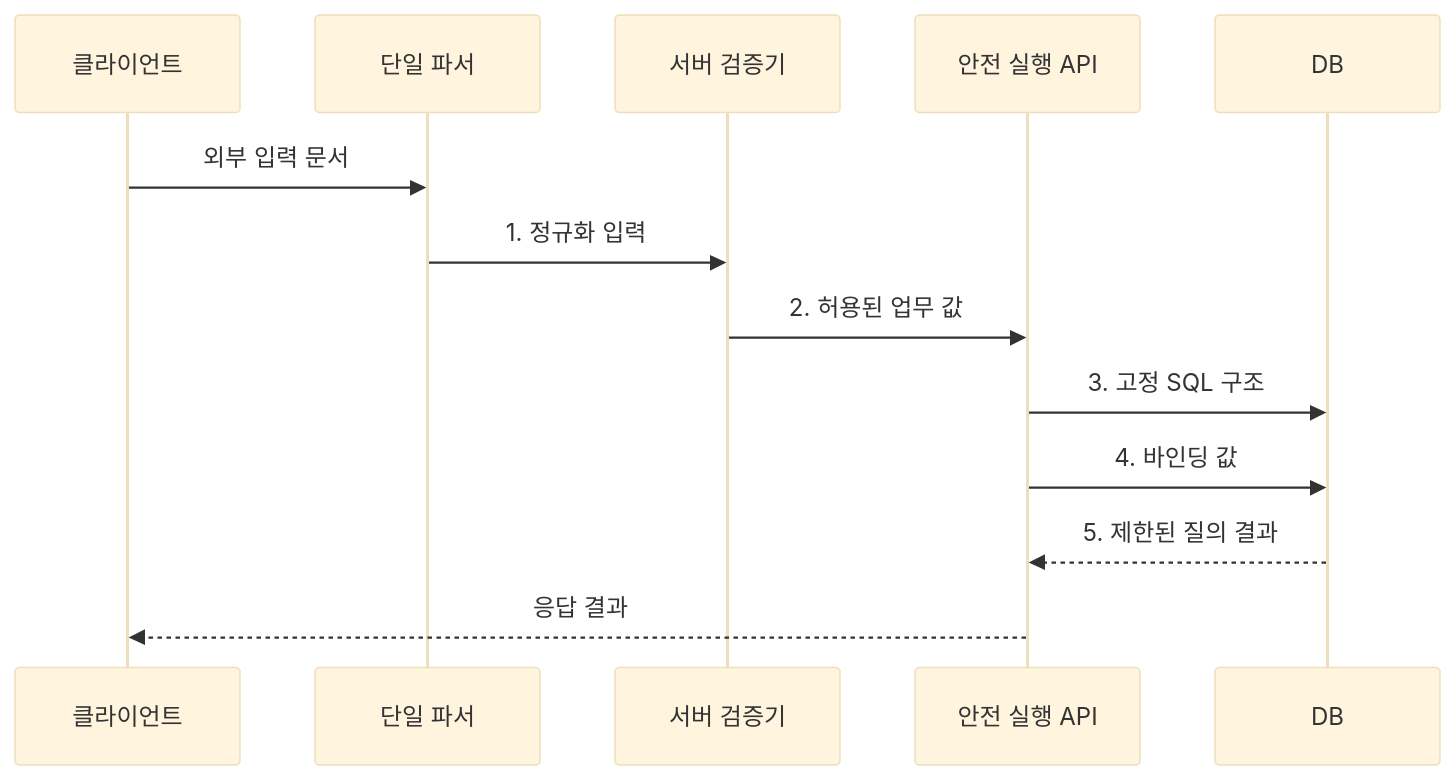
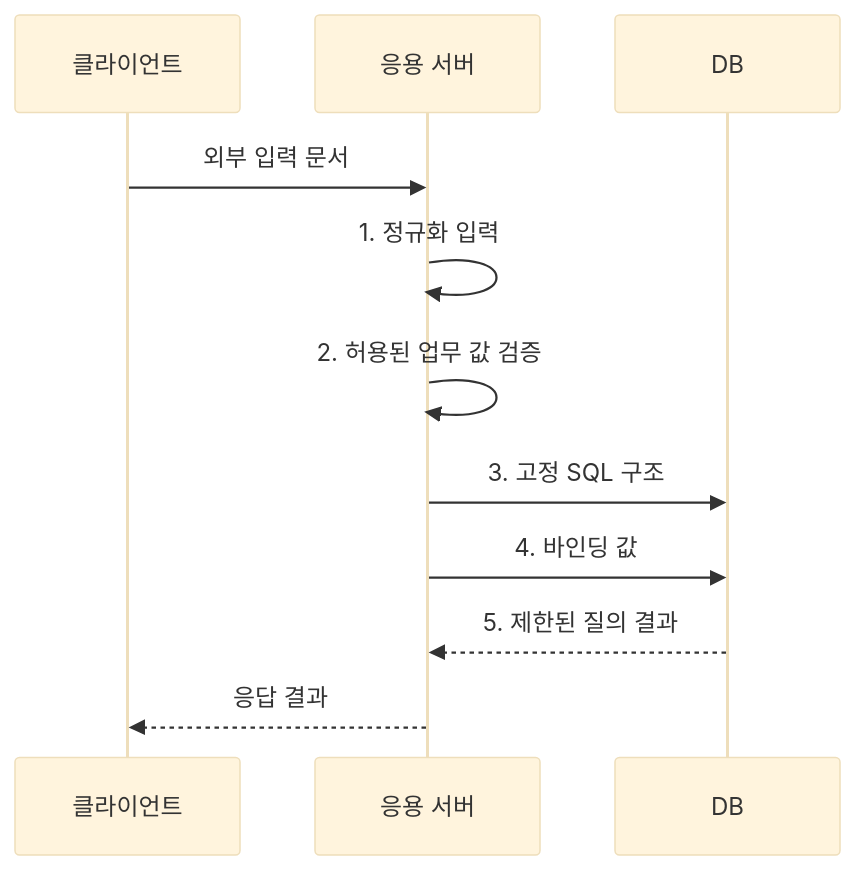
Before and after one commit to agnusdei1207/knowledge-base: the second of 2 diagrams in src/content/docs/notes/05-security/052_input_validation.md, drawn with Mermaid (base theme). The commit also changed other lines of this file and 8 other files, not shown here.

Commit message:
Consolidate access control sequence roles

````diff
--- a/src/content/docs/notes/05-security/052_input_validation.md
+++ b/src/content/docs/notes/05-security/052_input_validation.md
@@ -96,15 +96,13 @@
 ```mermaid
 sequenceDiagram
     participant C as 클라이언트
-    participant P as 단일 파서
-    participant V as 서버 검증기
-    participant A as 안전 실행 API
+    participant A as 응용 서버
     participant D as DB
-    C->>P: 외부 입력 문서
-    P->>V: 1. 정규화 입력
-    V->>A: 2. 허용된 업무 값
+    C->>A: 외부 입력 문서
+    A->>A: 1. 정규화 입력
+    A->>A: 2. 허용된 업무 값 검증
     A->>D: 3. 고정 SQL 구조
     A->>D: 4. 바인딩 값
     D-->>A: 5. 제한된 질의 결과
     A-->>C: 응답 결과
 ```
````
